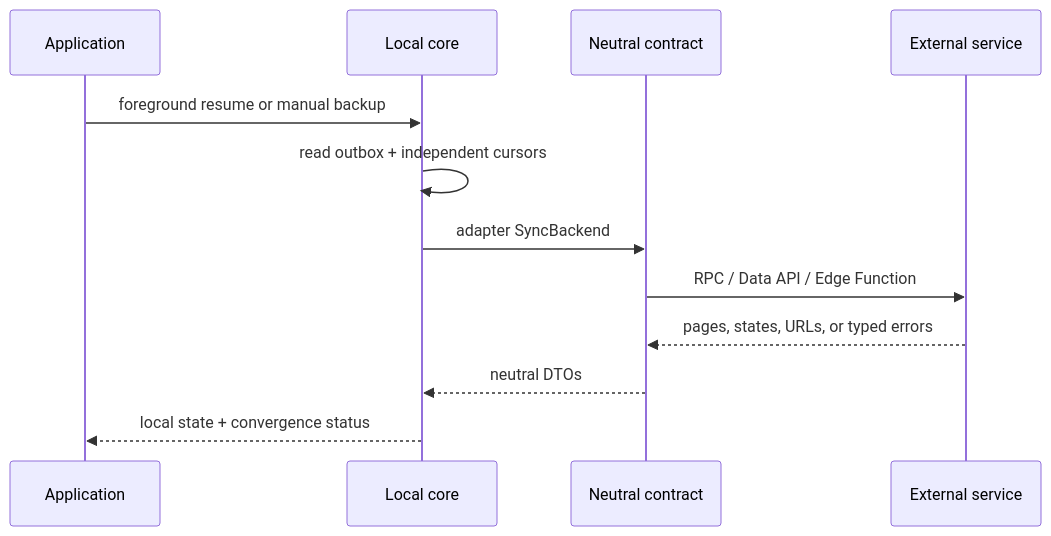
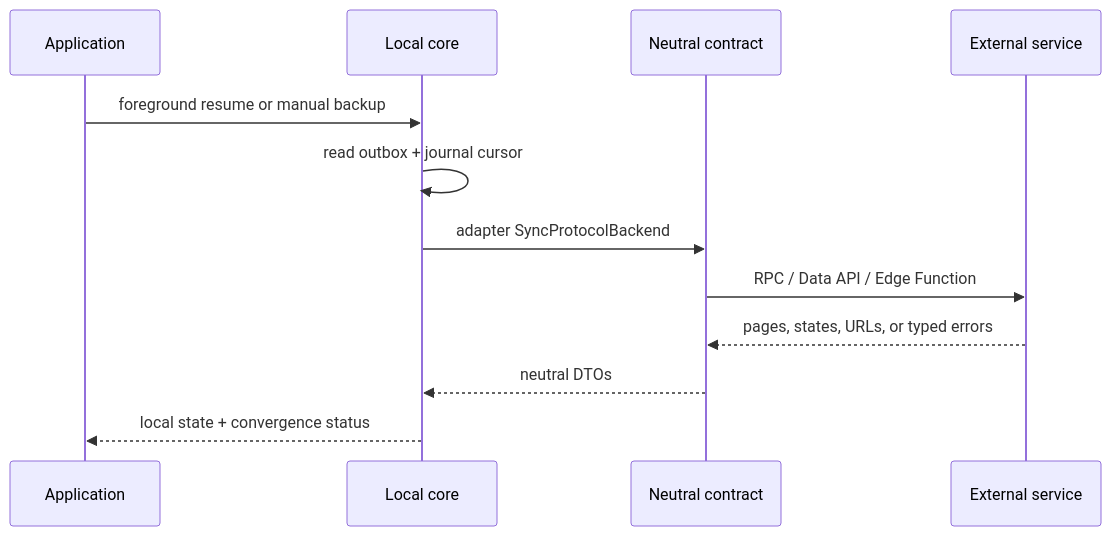
One commit to KooliFab/artkiddo changed the third of 3 diagrams in docs/architecture/data-flows.md. Above: the diagram before and after it, drawn with Mermaid. The commit also changed other lines of this file and 21 other files, not shown here.

Commit message:
refactor: L08 implement sync protocol v3 and remove legacy sync components

````diff
--- a/docs/architecture/data-flows.md
+++ b/docs/architecture/data-flows.md
@@ -64,15 +64,15 @@
 ```mermaid
 sequenceDiagram
   participant M as Application
   participant L as Local core
   participant B as Neutral contract
   participant S as External service
 
   M->>L: foreground resume or manual backup
-  L->>L: read outbox + independent cursors
-  L->>B: adapter SyncBackend
+  L->>L: read outbox + journal cursor
+  L->>B: adapter SyncProtocolBackend
   B->>S: RPC / Data API / Edge Function
   S-->>B: pages, states, URLs, or typed errors
   B-->>L: neutral DTOs
   L-->>M: local state + convergence status
 ```
````
